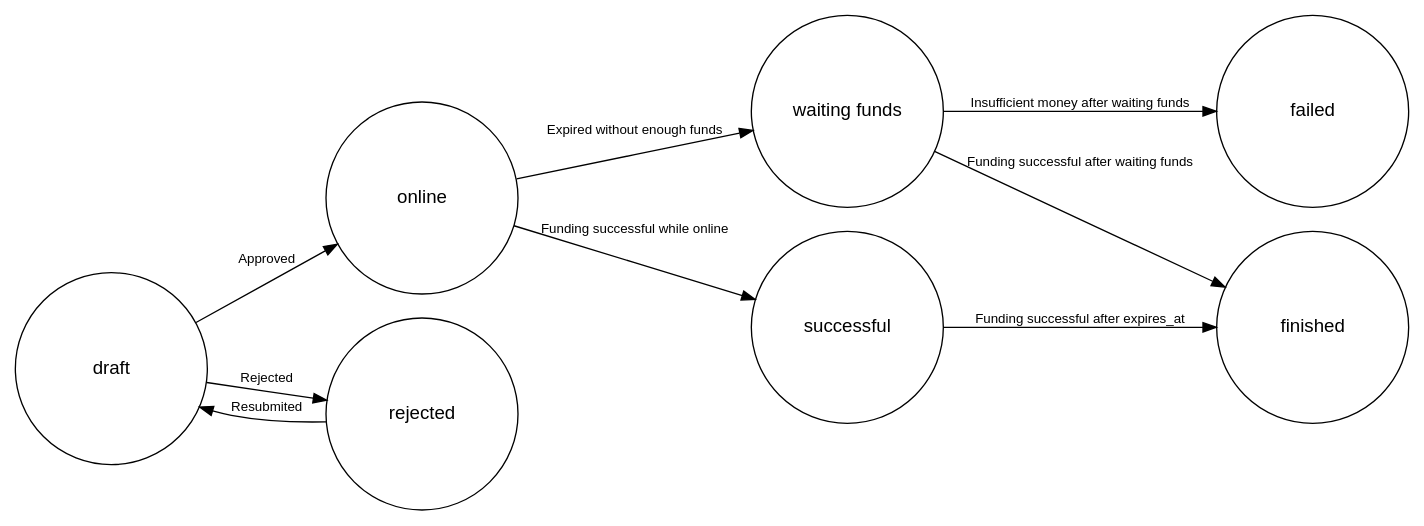
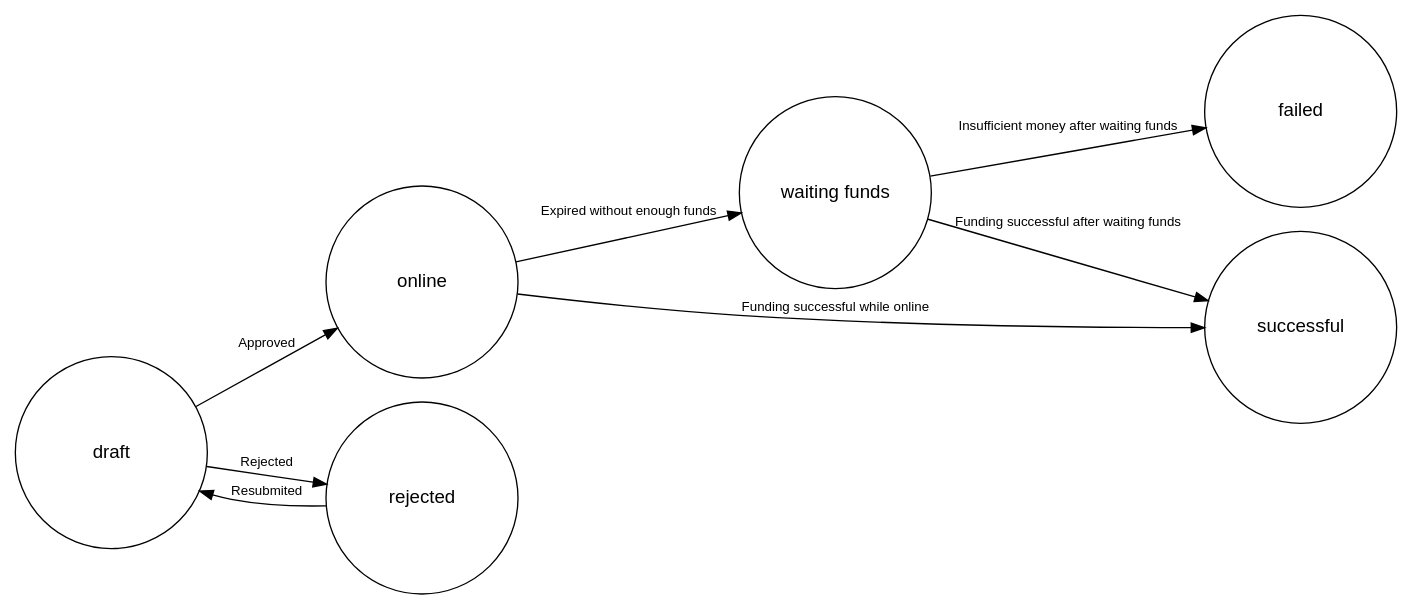
Before and after one commit to catarse/catarse: the diagram in doc/project_states.dot, drawn with Graphviz.

Commit message:
new project state machine map

```diff
--- a/doc/project_states.dot
+++ b/doc/project_states.dot
@@ -1,13 +1,12 @@
 digraph graphname {
   rankdir=LR;
   fontname="Arial";
   node [width=2,height=2,fontname="Arial"];
   draft -> online [label="Approved", fontsize="10", fontname="Arial"];
   draft -> rejected [label="Rejected", fontsize="10", fontname="Arial"];
   rejected -> draft [label="Resubmited", fontsize="10", fontname="Arial"];
   online -> "waiting funds" [label="Expired without enough funds", fontsize="10", fontname="Arial"];
   online -> successful [label="Funding successful while online", fontsize="10", fontname="Arial"];
   "waiting funds" -> failed [label="Insufficient money after waiting funds", fontsize="10", fontname="Arial"];
-  "waiting funds" -> finished [label="Funding successful after waiting funds", fontsize="10", fontname="Arial"];
-  successful -> finished [label="Funding successful after expires_at", fontsize="10", fontname="Arial"];
+  "waiting funds" -> successful [label="Funding successful after waiting funds", fontsize="10", fontname="Arial"];
 }
```
